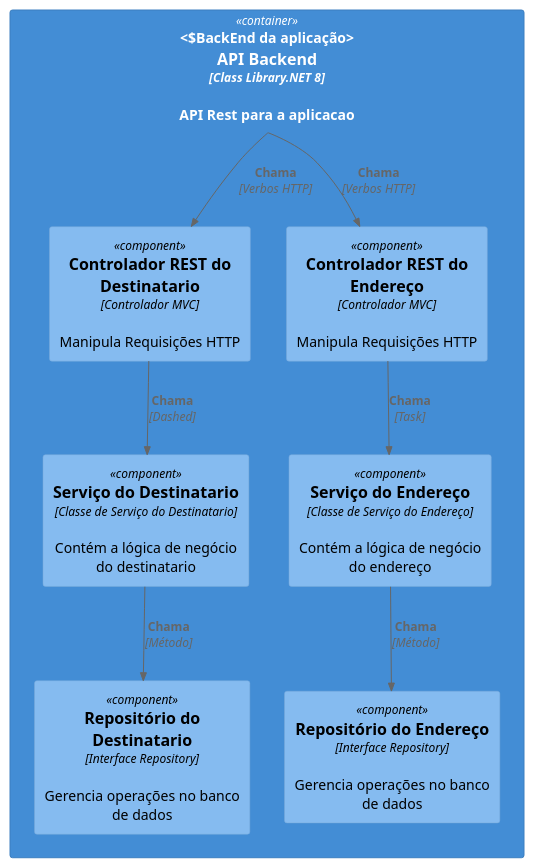
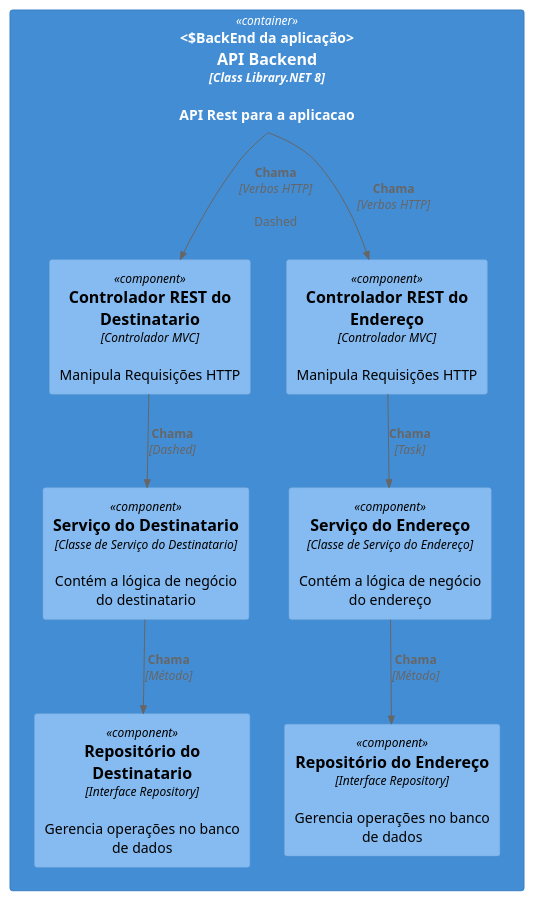
The diagram in docs/C4/Component.puml (samorysundjata/MalaDiretaCSharp), drawn with PlantUML before and after one commit. The commit also changed 13 other files, not shown here.

```diff
--- a/docs/C4/Component.puml
+++ b/docs/C4/Component.puml
@@ -1,20 +1,20 @@
 @startuml Maladireta-Component
 !includeurl https://raw.githubusercontent.com/plantuml-stdlib/C4-PlantUML/master/C4_Component.puml
 
 Container(api, "API Backend", "Class Library.NET 8", "API Rest para a aplicacao", "BackEnd da aplicação"){
     Component(destinatariocontroller, "Controlador REST do Destinatario", "Controlador MVC", "Manipula Requisições HTTP")
     Component(destinatarioservice, "Serviço do Destinatario", "Classe de Serviço do Destinatario", "Contém a lógica de negócio do destinatario")
     Component(destinatariorepository, "Repositório do Destinatario", "Interface Repository", "Gerencia operações no banco de dados")
     Component(enderecocontroller, "Controlador REST do Endereço", "Controlador MVC", "Manipula Requisições HTTP")
     Component(enderecoservice, "Serviço do Endereço", "Classe de Serviço do Endereço", "Contém a lógica de negócio do endereço")
     Component(enderecorepository, "Repositório do Endereço", "Interface Repository", "Gerencia operações no banco de dados")
 }
 
-Rel(api, destinatariocontroller, "Chama", "Verbos HTTP")
+Rel(api, destinatariocontroller, "Chama", "Verbos HTTP", "Dashed")
 Rel(destinatariocontroller, destinatarioservice, "Chama", "Dashed")
 Rel(destinatarioservice, destinatariorepository, "Chama", "Método")
 Rel(api, enderecocontroller, "Chama", "Verbos HTTP")
 Rel(enderecocontroller, enderecoservice, "Chama", "Task")
 Rel(enderecoservice, enderecorepository, "Chama", "Método")
 
 @enduml
```
